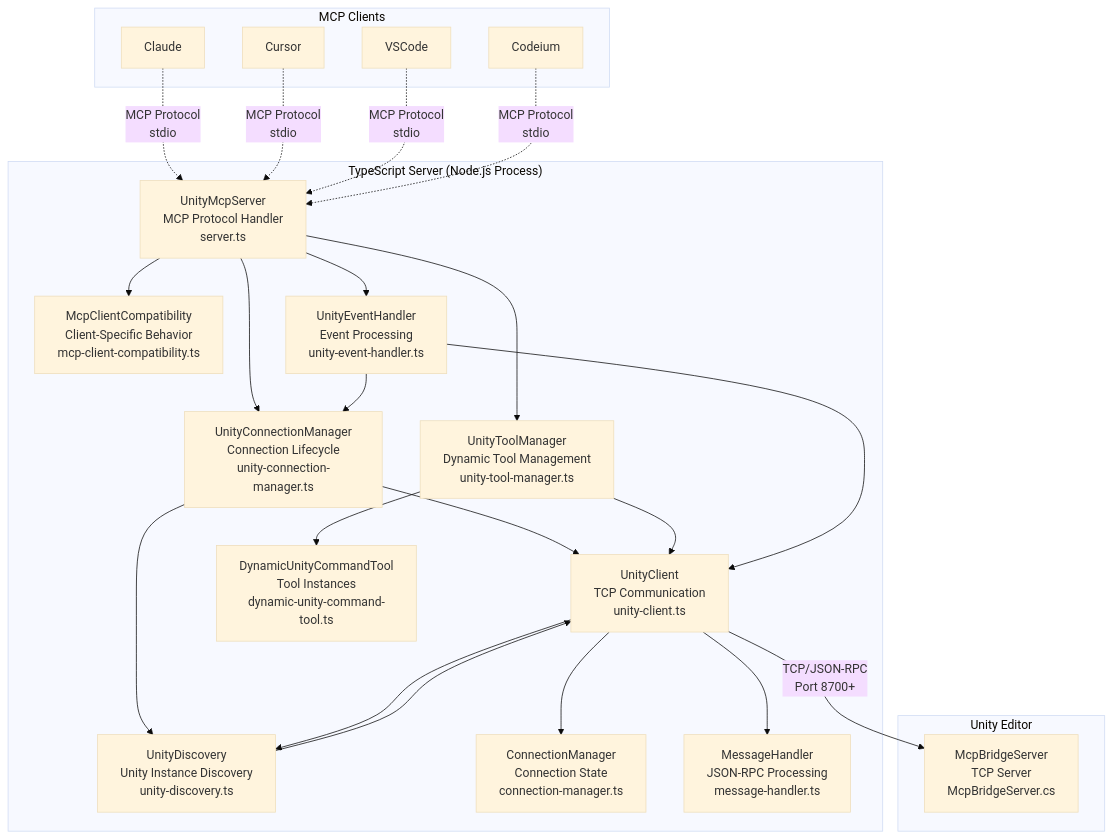
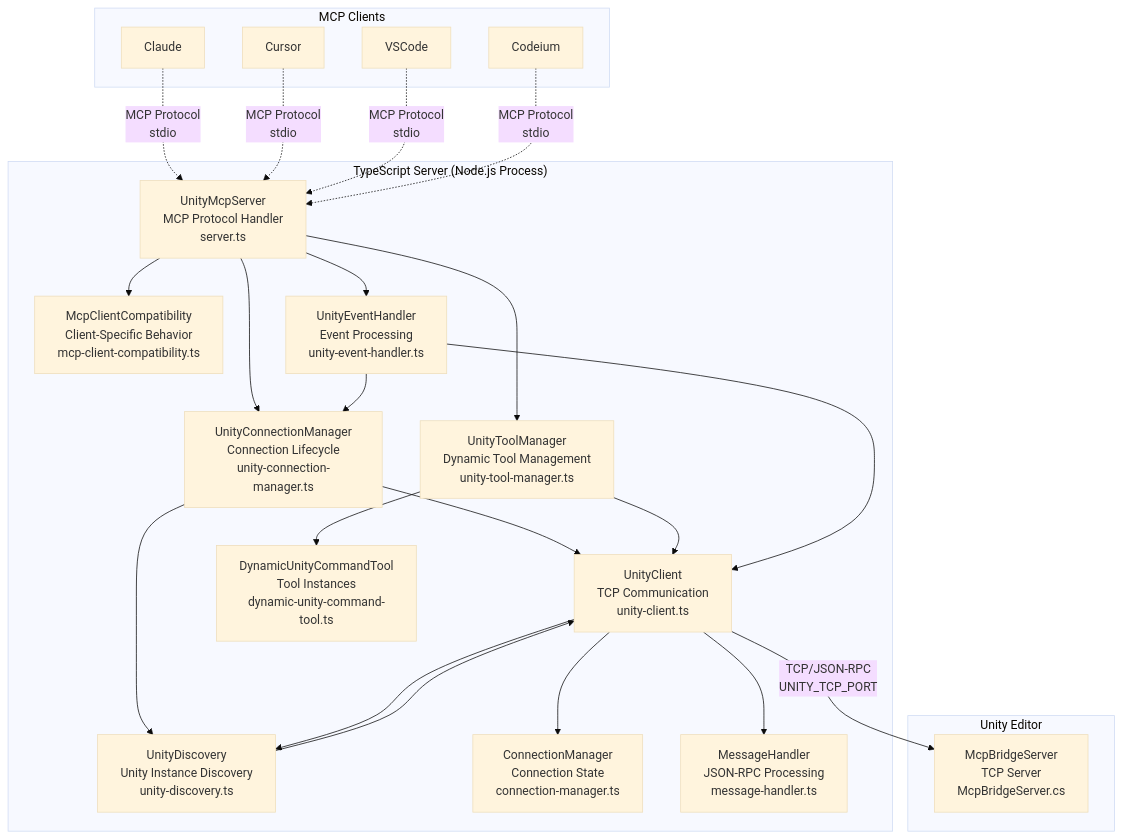
Diagram 14 of 16 in Packages/src/ARCHITECTURE.md (hatayama/uLoopMCP), drawn with Mermaid (base theme) before and after one commit. The commit also changed other lines of this file and 1 other file, not shown here.

First line of the commit message:
docs: replace hardcoded port references with UNITY_TCP_PORT in diagrams

````diff
--- a/Packages/src/ARCHITECTURE.md
+++ b/Packages/src/ARCHITECTURE.md
@@ -1083,47 +1083,47 @@
 ```mermaid
 graph TB
     subgraph "MCP Clients"
         Claude[Claude]
         Cursor[Cursor]
         VSCode[VSCode]
         Codeium[Codeium]
     end
     
     subgraph "TypeScript Server (Node.js Process)"
         MCP[UnityMcpServer<br/>MCP Protocol Handler<br/>server.ts]
         UCM[UnityConnectionManager<br/>Connection Lifecycle<br/>unity-connection-manager.ts]
         UTM[UnityToolManager<br/>Dynamic Tool Management<br/>unity-tool-manager.ts]
         MCC[McpClientCompatibility<br/>Client-Specific Behavior<br/>mcp-client-compatibility.ts]
         UEH[UnityEventHandler<br/>Event Processing<br/>unity-event-handler.ts]
         UC[UnityClient<br/>TCP Communication<br/>unity-client.ts]
         UD[UnityDiscovery<br/>Unity Instance Discovery<br/>unity-discovery.ts]
         CM[ConnectionManager<br/>Connection State<br/>connection-manager.ts]
         MH[MessageHandler<br/>JSON-RPC Processing<br/>message-handler.ts]
         Tools[DynamicUnityCommandTool<br/>Tool Instances<br/>dynamic-unity-command-tool.ts]
     end
     
     subgraph "Unity Editor"
         Bridge[McpBridgeServer<br/>TCP Server<br/>McpBridgeServer.cs]
     end
     
     Claude -.->|MCP Protocol<br/>stdio| MCP
     Cursor -.->|MCP Protocol<br/>stdio| MCP
     VSCode -.->|MCP Protocol<br/>stdio| MCP
     Codeium -.->|MCP Protocol<br/>stdio| MCP
     
     MCP --> UCM
     MCP --> UTM
     MCP --> MCC
     MCP --> UEH
     UCM --> UC
     UCM --> UD
     UTM --> UC
     UTM --> Tools
     UEH --> UC
     UEH --> UCM
     UC --> CM
     UC --> MH
     UC --> UD
     UD --> UC
-    UC -->|TCP/JSON-RPC<br/>Port 8700+| Bridge
+    UC -->|TCP/JSON-RPC<br/>UNITY_TCP_PORT| Bridge
 ```
````
